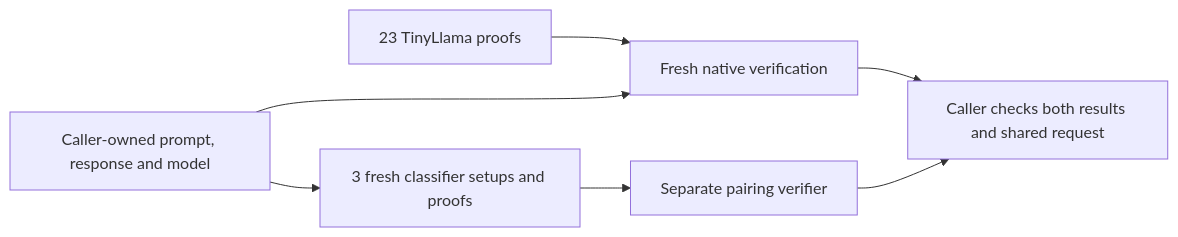
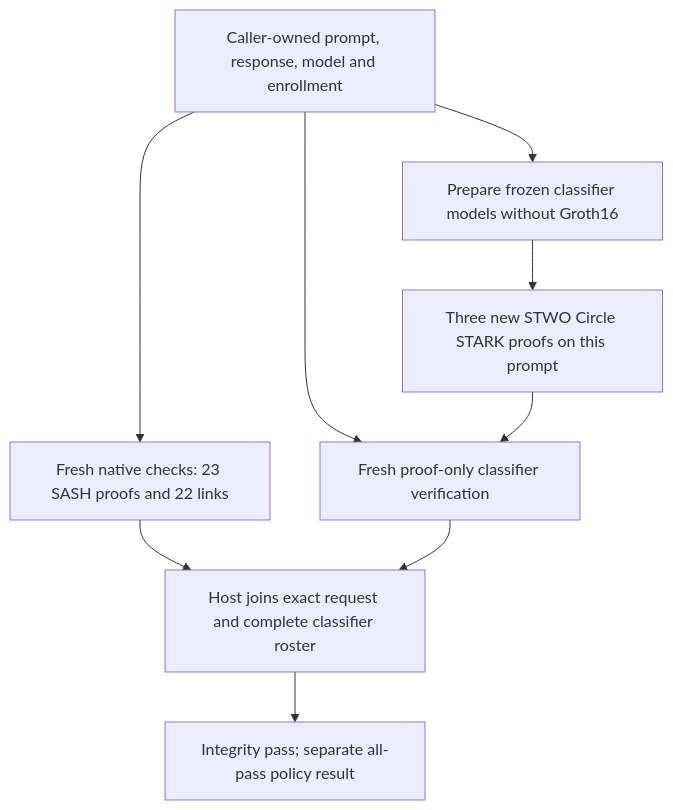
The diagram in docs/COMPOSED-DEMO.md (AbdelStark/hallmark), drawn with Mermaid before and after one commit. The commit also changed other lines of this file and 44 other files, not shown here.

Commit message:
Make Circle STARK the default proof workflow (#132)

````diff
--- a/docs/COMPOSED-DEMO.md
+++ b/docs/COMPOSED-DEMO.md
@@ -27,9 +16,11 @@
 ```mermaid
-flowchart LR
-    L[23 TinyLlama proofs] --> V[Fresh native verification]
-    R[Caller-owned prompt, response and model] --> V
-    R --> C[3 fresh classifier setups and proofs]
-    C --> P[Separate pairing verifier]
-    V --> J[Caller checks both results and shared request]
-    P --> J
+flowchart TD
+    E[Caller-owned prompt, response, model and enrollment] --> L[Fresh native checks: 23 SASH proofs and 22 links]
+    E --> C[Prepare frozen classifier models without Groth16]
+    C --> P[Three new STWO Circle STARK proofs on this prompt]
+    E --> V[Fresh proof-only classifier verification]
+    P --> V
+    L --> J[Host joins exact request and complete classifier roster]
+    V --> J
+    J --> I[Integrity pass; separate all-pass policy result]
 ```
````
